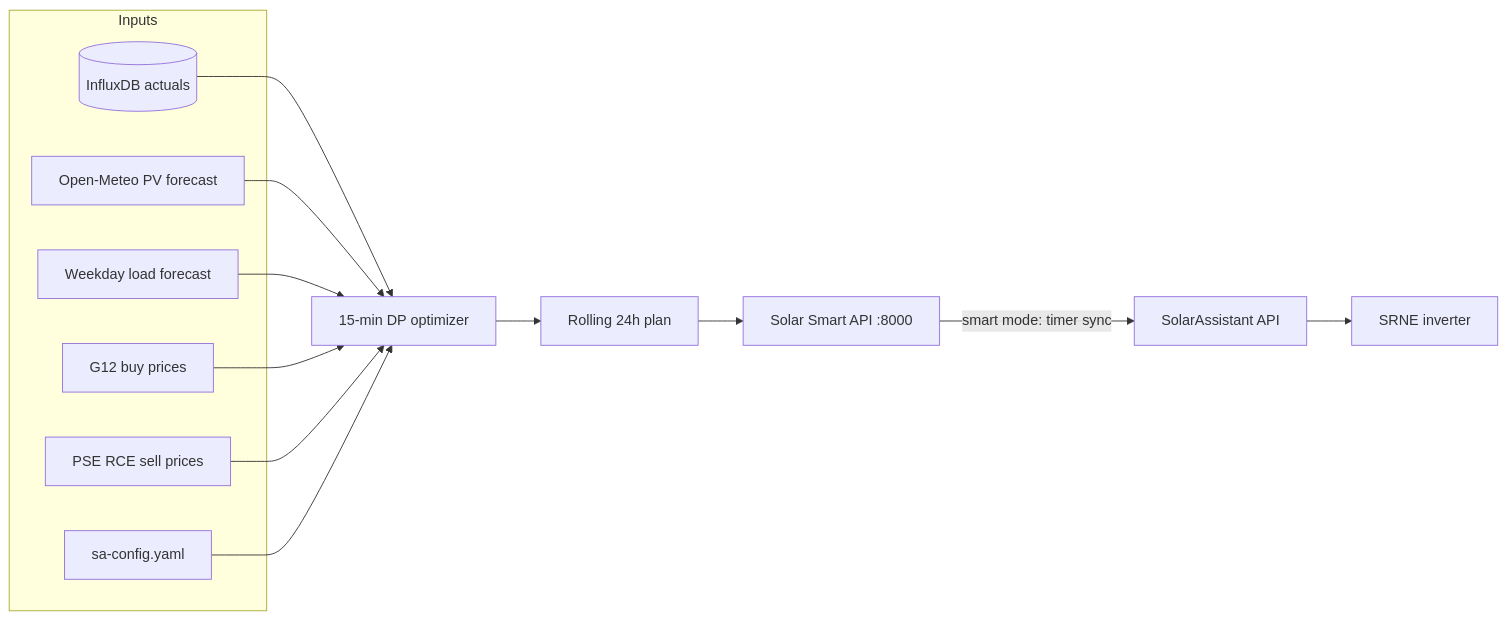
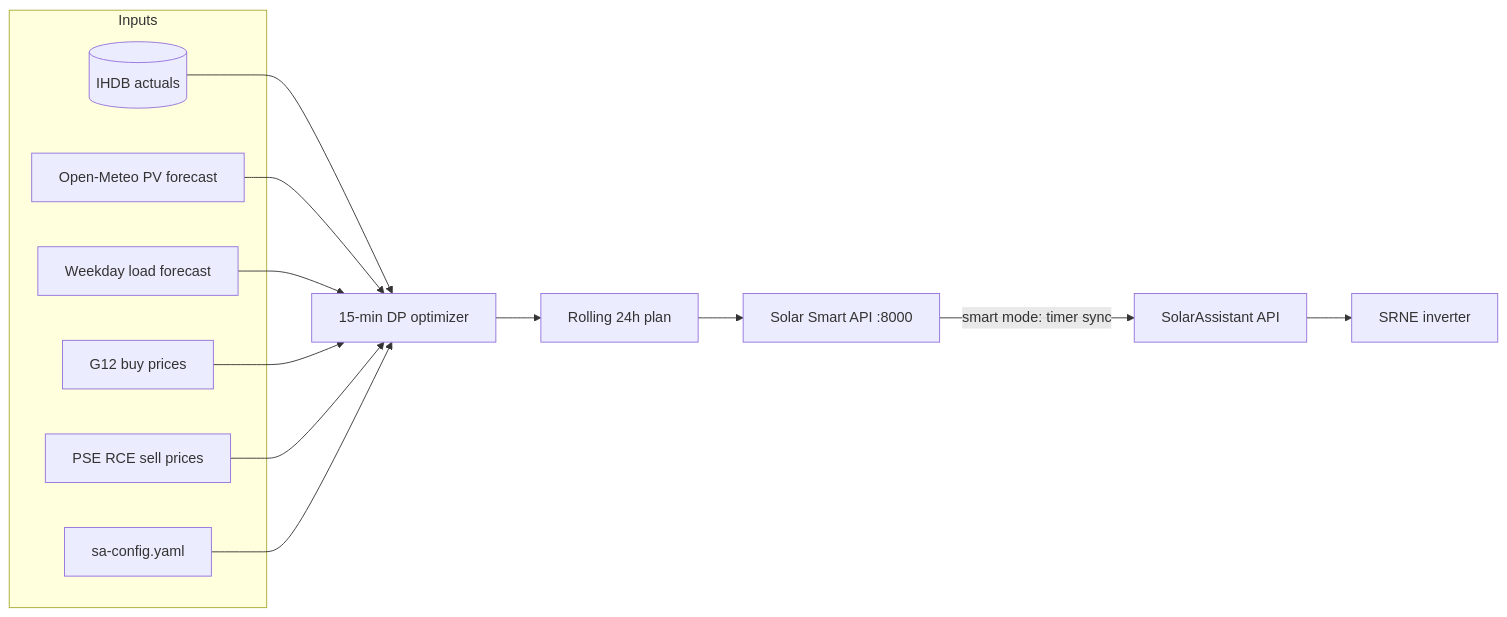
Before and after one commit to shaman1307/solar-assistant: the diagram in README.md, drawn with Mermaid. The commit also changed other lines of this file, not shown here.

First line of the commit message:
Rename InfluxDB to Inverter history DB (IHDB) in README.

````diff
--- a/README.md
+++ b/README.md
@@ -17,27 +17,27 @@
 ```mermaid
 flowchart LR
   subgraph inputs [Inputs]
-    INFLUX[(InfluxDB actuals)]
+    IHDB[(IHDB actuals)]
     PV[Open-Meteo PV forecast]
     LOAD[Weekday load forecast]
     G12[G12 buy prices]
     RCE[PSE RCE sell prices]
     CFG[sa-config.yaml]
   end
   OPT[15-min DP optimizer]
   PLAN[Rolling 24h plan]
   API[Solar Smart API :8000]
   SA[SolarAssistant API]
   INV[SRNE inverter]
 
-  INFLUX --> OPT
+  IHDB --> OPT
   PV --> OPT
   LOAD --> OPT
   G12 --> OPT
   RCE --> OPT
   CFG --> OPT
   OPT --> PLAN
   PLAN --> API
   API -->|smart mode: timer sync| SA
   SA --> INV
 ```
````
